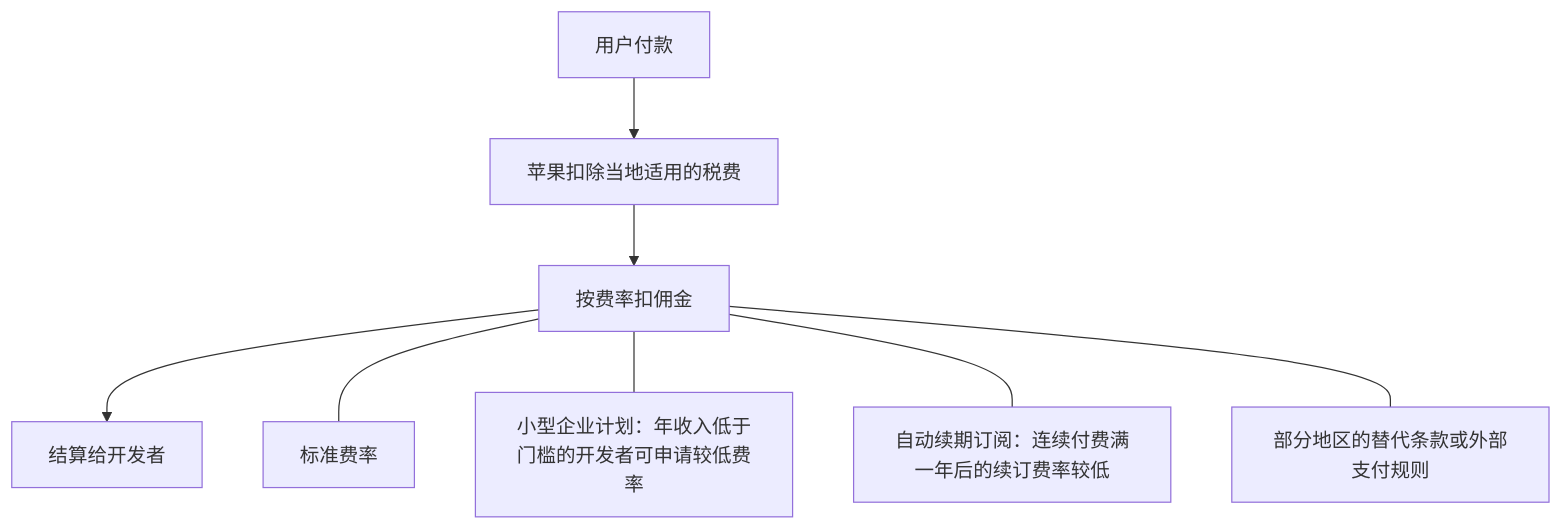
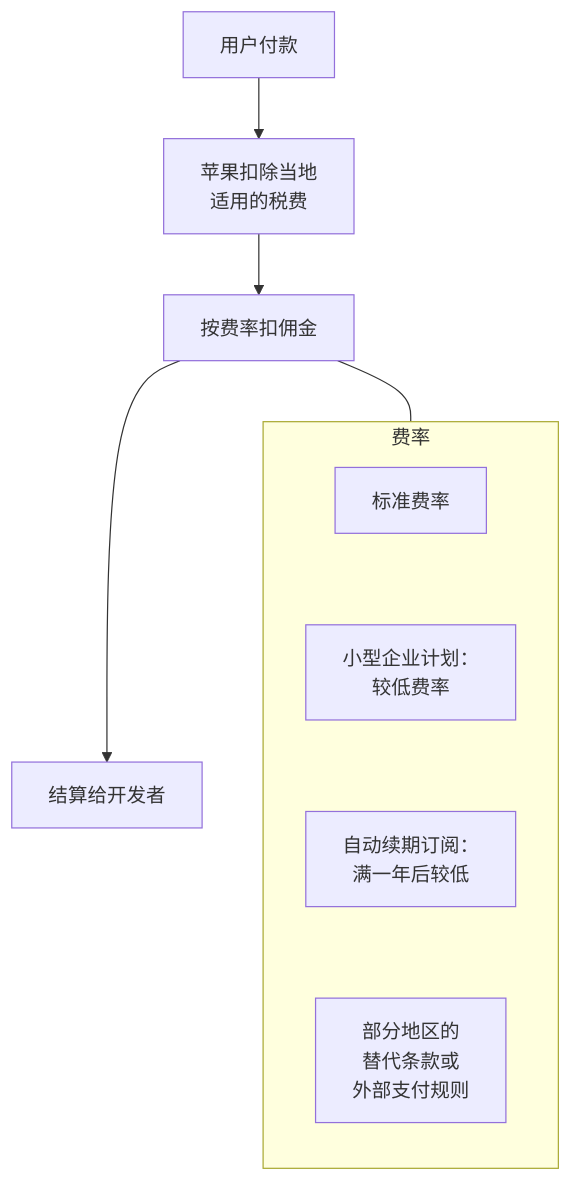
The first of 3 diagrams in books/pricing-monetization/06-app-store-iap.md (jarvis-pro/hatch-shelf), drawn with Mermaid before and after one commit. The commit also changed other lines of this file and 432 other files, not shown here.

````diff
--- a/books/pricing-monetization/06-app-store-iap.md
+++ b/books/pricing-monetization/06-app-store-iap.md
@@ -40,10 +40,11 @@
 ```mermaid
 flowchart TD
-  A["用户付款"] --> B["苹果扣除当地适用的税费"]
+  A["用户付款"] --> B["苹果扣除当地<br/>适用的税费"]
   B --> C["按费率扣佣金"]
   C --> D["结算给开发者"]
-  C --- R1["标准费率"]
-  C --- R2["小型企业计划：年收入低于门槛的开发者可申请较低费率"]
-  C --- R3["自动续期订阅：连续付费满一年后的续订费率较低"]
-  C --- R4["部分地区的替代条款或外部支付规则"]
+  C --- RATES
+  subgraph RATES["费率"]
+    direction TB
+    R1["标准费率"] ~~~ R2["小型企业计划：<br/>较低费率"] ~~~ R3["自动续期订阅：<br/>满一年后较低"] ~~~ R4["部分地区的<br/>替代条款或<br/>外部支付规则"]
+  end
 ```
````
